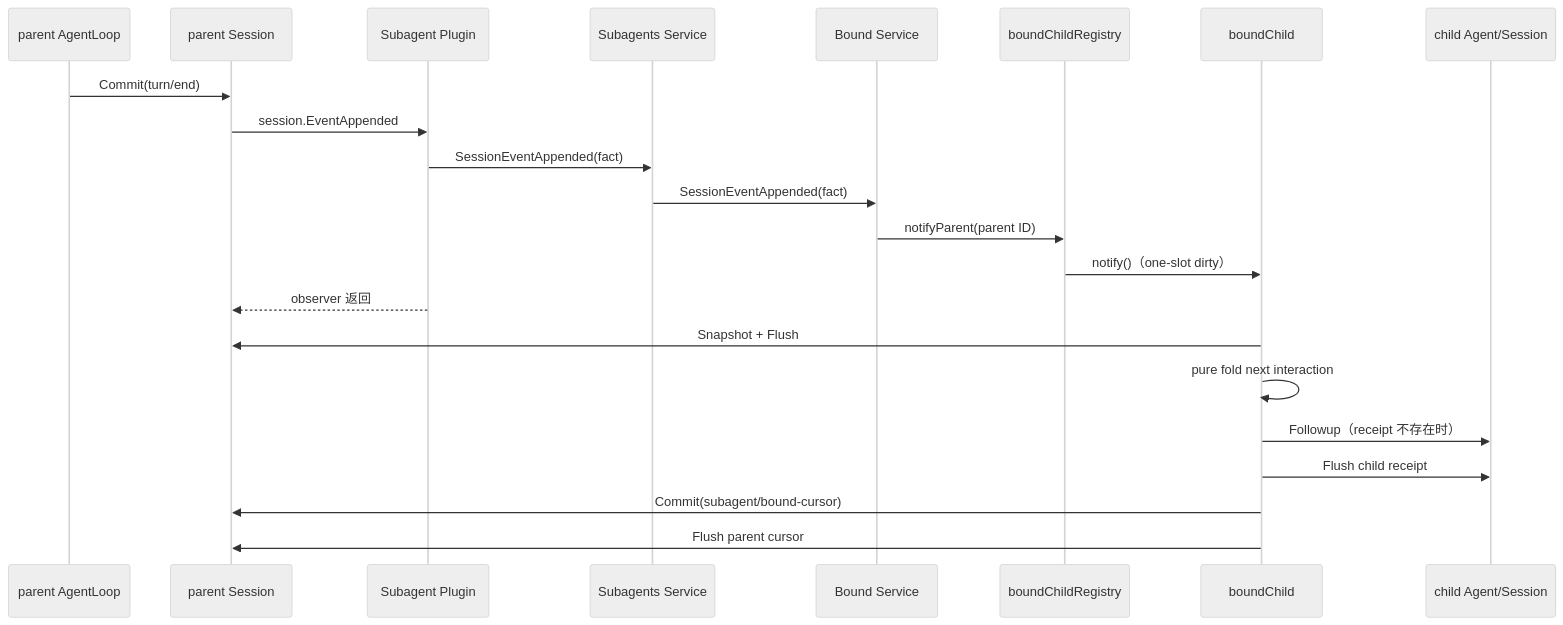
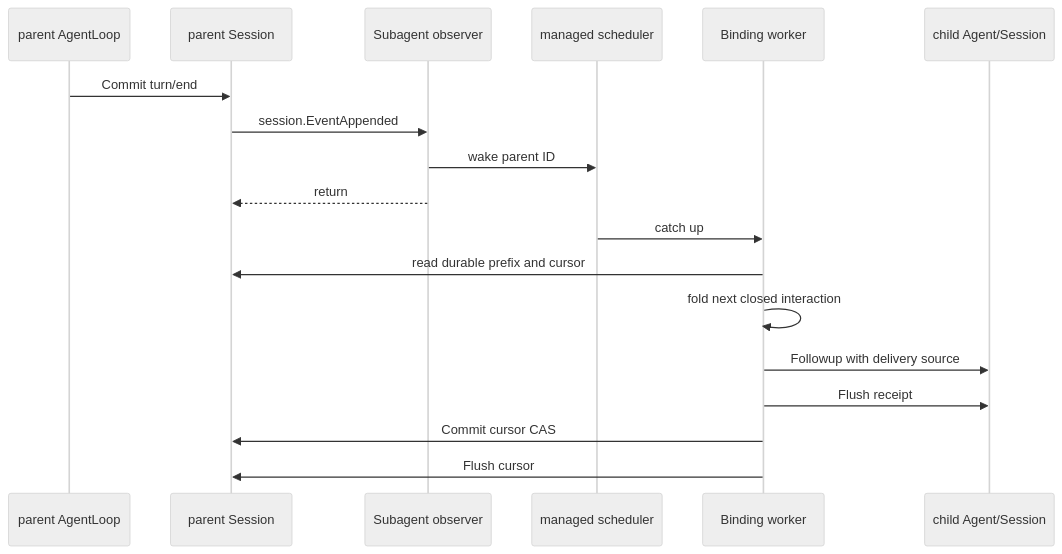
Before and after one commit to gorenx/goren: the diagram in subagent/docs/session-event-delivery.zh-CN.md, drawn with Mermaid (neutral theme). The commit also changed other lines of this file and 7 other files, not shown here.

Commit message:
docs(subagent): define global bound definitions

````diff
--- a/subagent/docs/session-event-delivery.zh-CN.md
+++ b/subagent/docs/session-event-delivery.zh-CN.md
@@ -36,25 +32,21 @@
 ```mermaid
 sequenceDiagram
-    participant L as parent AgentLoop
+    participant P as parent AgentLoop
     participant S as parent Session
-    participant P as Subagent Plugin
-    participant F as Subagents Service
-    participant BS as Bound Service
-    participant R as boundChildRegistry
-    participant BC as boundChild
+    participant O as Subagent observer
+    participant Q as managed scheduler
+    participant W as Binding worker
     participant C as child Agent/Session
 
-    L->>S: Commit(turn/end)
-    S->>P: session.EventAppended
-    P->>F: SessionEventAppended(fact)
-    F->>BS: SessionEventAppended(fact)
-    BS->>R: notifyParent(parent ID)
-    R->>BC: notify()（one-slot dirty）
-    P-->>S: observer 返回
-    BC->>S: Snapshot + Flush
-    BC->>BC: pure fold next interaction
-    BC->>C: Followup（receipt 不存在时）
-    BC->>C: Flush child receipt
-    BC->>S: Commit(subagent/bound-cursor)
-    BC->>S: Flush parent cursor
+    P->>S: Commit turn/end
+    S->>O: session.EventAppended
+    O->>Q: wake parent ID
+    O-->>S: return
+    Q->>W: catch up
+    W->>S: read durable prefix and cursor
+    W->>W: fold next closed interaction
+    W->>C: Followup with delivery source
+    W->>C: Flush receipt
+    W->>S: Commit cursor CAS
+    W->>S: Flush cursor
 ```
````
